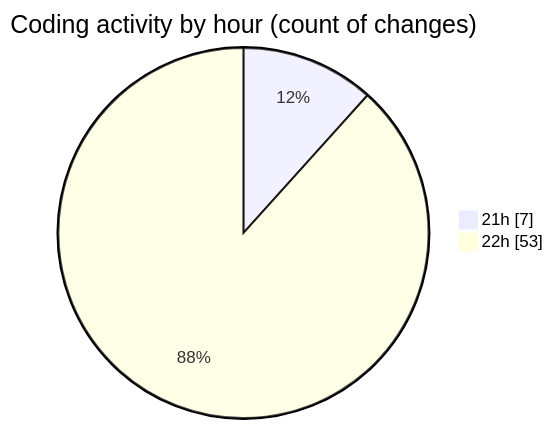
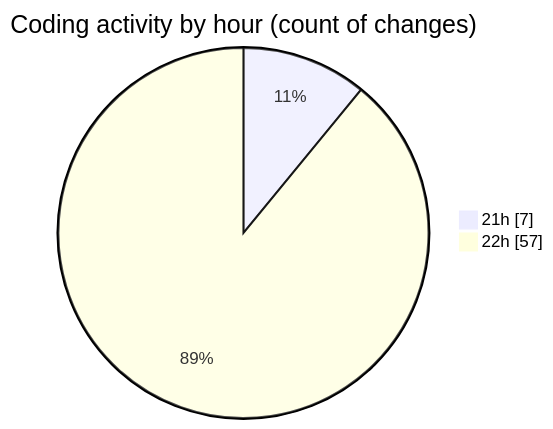
Before and after one commit to EIIisD/code-tracking: the second of 2 diagrams in 2025-08-26/mcp-web/README.md, drawn with Mermaid. The commit also changed other lines of this file and 1 other file, not shown here.

````diff
--- a/2025-08-26/mcp-web/README.md
+++ b/2025-08-26/mcp-web/README.md
@@ -32,6 +34,6 @@
 ```mermaid
 pie showData
 title Coding activity by hour (count of changes)
 "21h" : 7
-"22h" : 53
+"22h" : 57
 ```
````
